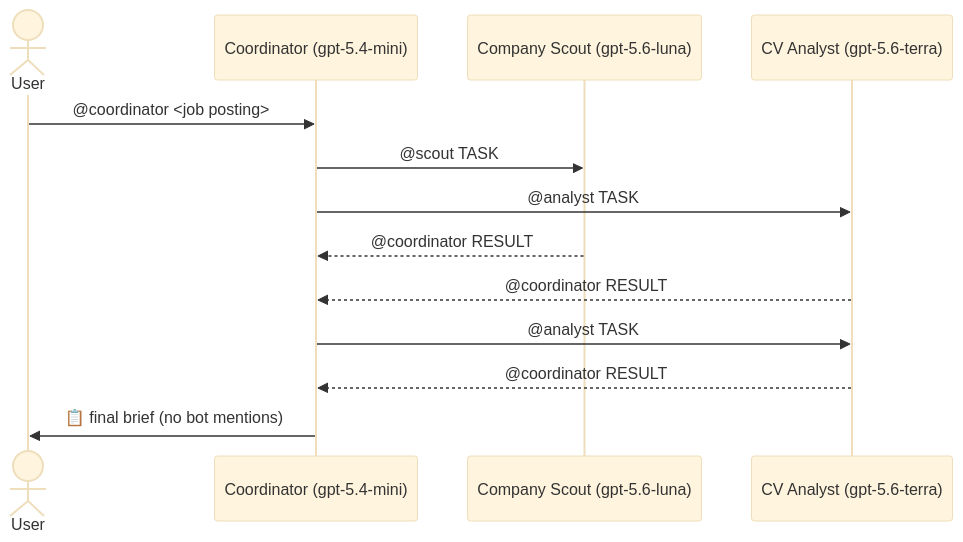
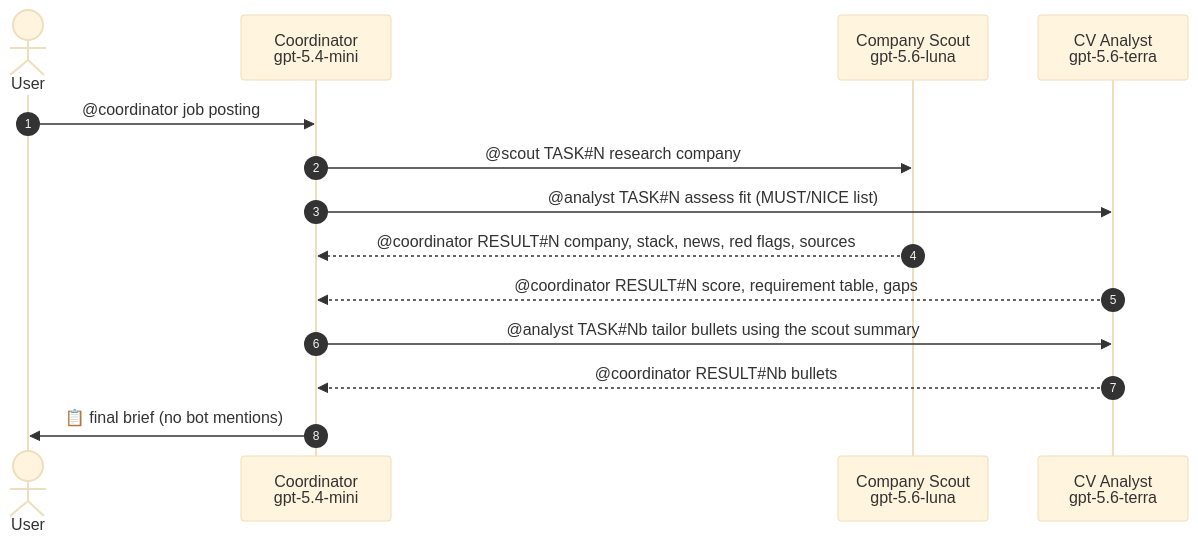
Before and after one commit to shoplikov/hermes-telegram-hiring-agents: the diagram in docs/report.md, drawn with Mermaid (base theme). The commit also changed 1 other file, not shown here.

Commit message:
docs: redesign README with rendered Mermaid diagrams
Replace the ASCII flow with Mermaid (architecture flowchart, handoff sequence,
CV versioning states), add badges, GitHub alerts, a collapsible setup.sh section
and an annotated tree. Fix the report's sequence diagram, where '#' and <...>
were silently dropped by the renderer.

Claude-Session: https://claude.ai/code/session_01UmZ4MHGRWqQDD53WqnMHxk

````diff
--- a/docs/report.md
+++ b/docs/report.md
@@ -23,15 +23,16 @@
 ```mermaid
 sequenceDiagram
+    autonumber
     actor U as User
-    participant C as Coordinator (gpt-5.4-mini)
-    participant S as Company Scout (gpt-5.6-luna)
-    participant A as CV Analyst (gpt-5.6-terra)
-    U->>C: @coordinator <job posting>
-    C->>S: @scout TASK#N research <company>
-    C->>A: @analyst TASK#N assess fit (MUST/NICE list)
-    S-->>C: @coordinator RESULT#N company, stack, news, red flags, sources
-    A-->>C: @coordinator RESULT#N score, requirement table, gaps
-    C->>A: @analyst TASK#Nb tailor bullets using <scout summary>
-    A-->>C: @coordinator RESULT#Nb bullets
+    participant C as Coordinator<br/>gpt-5.4-mini
+    participant S as Company Scout<br/>gpt-5.6-luna
+    participant A as CV Analyst<br/>gpt-5.6-terra
+    U->>C: @coordinator job posting
+    C->>S: @scout TASK#35;N research company
+    C->>A: @analyst TASK#35;N assess fit (MUST/NICE list)
+    S-->>C: @coordinator RESULT#35;N company, stack, news, red flags, sources
+    A-->>C: @coordinator RESULT#35;N score, requirement table, gaps
+    C->>A: @analyst TASK#35;Nb tailor bullets using the scout summary
+    A-->>C: @coordinator RESULT#35;Nb bullets
     C->>U: 📋 final brief (no bot mentions)
 ```
````
